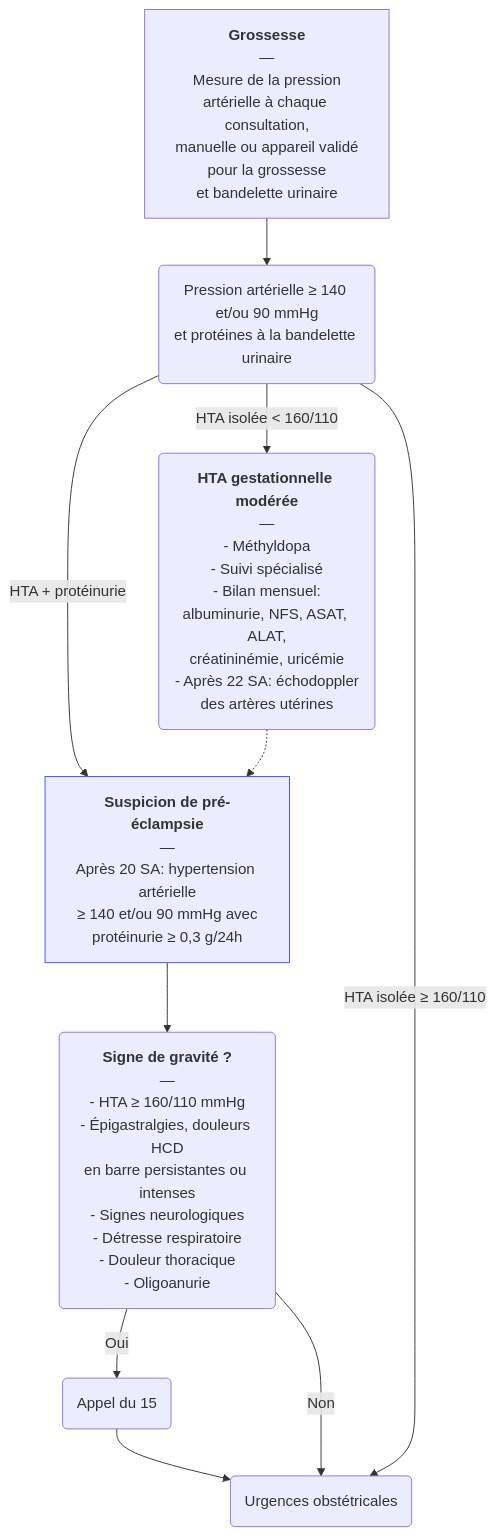
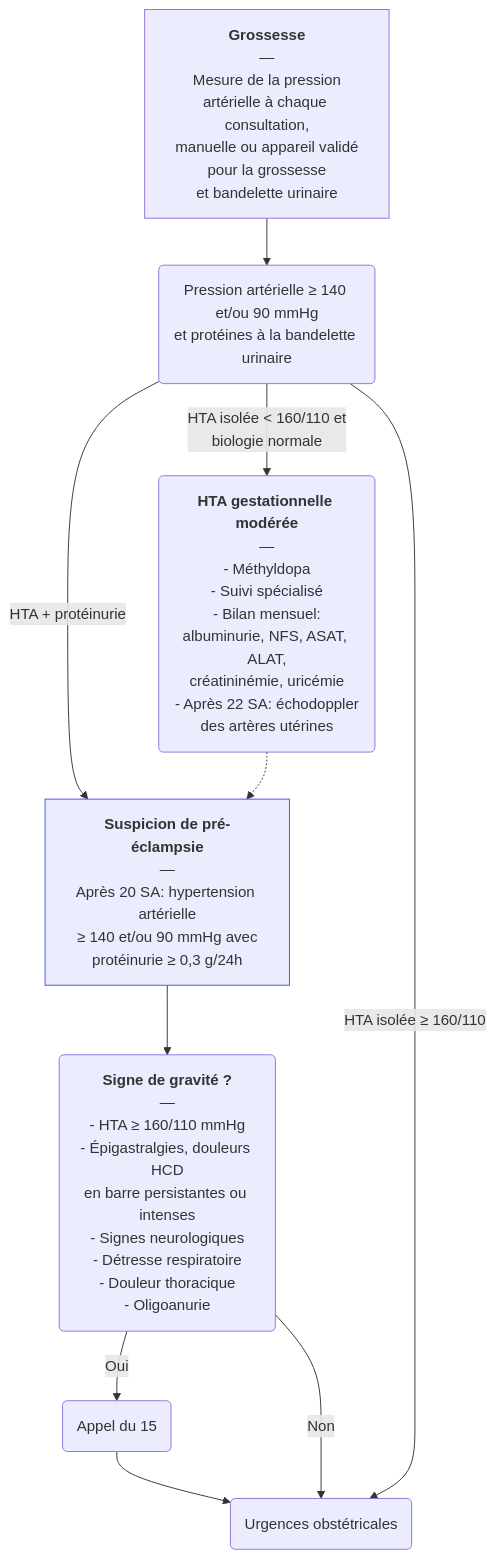
The diagram in content/recommandations/pre-eclampsie.md (djibe/recommandations-medicales), drawn with Mermaid before and after one commit. The commit also changed other lines of this file and 3 other files, not shown here.

```diff
--- a/content/recommandations/pre-eclampsie.md
+++ b/content/recommandations/pre-eclampsie.md
@@ -223,8 +223,8 @@
 {{< mermaid title="Prise en charge de la pré-éclampsie par le médecin généraliste. Dr JB Fron d'après CNGOF et SFAR" >}}
 graph TB
   suspicion["<b>Grossesse</b><br>—<br>Mesure de la pression<br>artérielle à chaque consultation,<br>manuelle ou appareil validé<br>pour la grossesse<br>et bandelette urinaire"] --> cabinet("Pression artérielle ≥ 140 et/ou 90 mmHg<br>et protéines à la bandelette urinaire") -- HTA + protéinurie --> prééclampsie["<b>Suspicion de pré-éclampsie</b><br>—<br>Après 20 SA: hypertension artérielle<br>≥ 140 et/ou 90 mmHg avec<br>protéinurie ≥ 0,3 g/24h"] --> gravité("<b>Signe de gravité ?</b><br>—<br>- HTA ≥ 160/110 mmHg<br>- Épigastralgies, douleurs HCD<br>en barre persistantes ou intenses<br>- Signes neurologiques<br>- Détresse respiratoire<br>- Douleur thoracique<br>- Oligoanurie") -- Oui --> SAMU(Appel du 15) --> urgences(Urgences obstétricales)
     gravité -- Non --> urgences
       cabinet -- "HTA isolée ≥ 160/110" --> urgences
-      cabinet -- "HTA isolée &lt; 160/110" --> HTA("<b>HTA gestationnelle modérée</b><br>—<br>- Méthyldopa<br>- Suivi spécialisé<br>- Bilan mensuel:<br>albuminurie, NFS, ASAT, ALAT,<br>créatininémie, uricémie<br>- Après 22 SA: échodoppler<br>des artères utérines") -.-> prééclampsie
+      cabinet -- "HTA isolée &lt; 160/110 et<br>biologie normale" --> HTA("<b>HTA gestationnelle modérée</b><br>—<br>- Méthyldopa<br>- Suivi spécialisé<br>- Bilan mensuel:<br>albuminurie, NFS, ASAT, ALAT,<br>créatininémie, uricémie<br>- Après 22 SA: échodoppler<br>des artères utérines") -.-> prééclampsie
   style prééclampsie stroke:#4150f5, stroke-width:1px
 {{< /mermaid >}}
```
